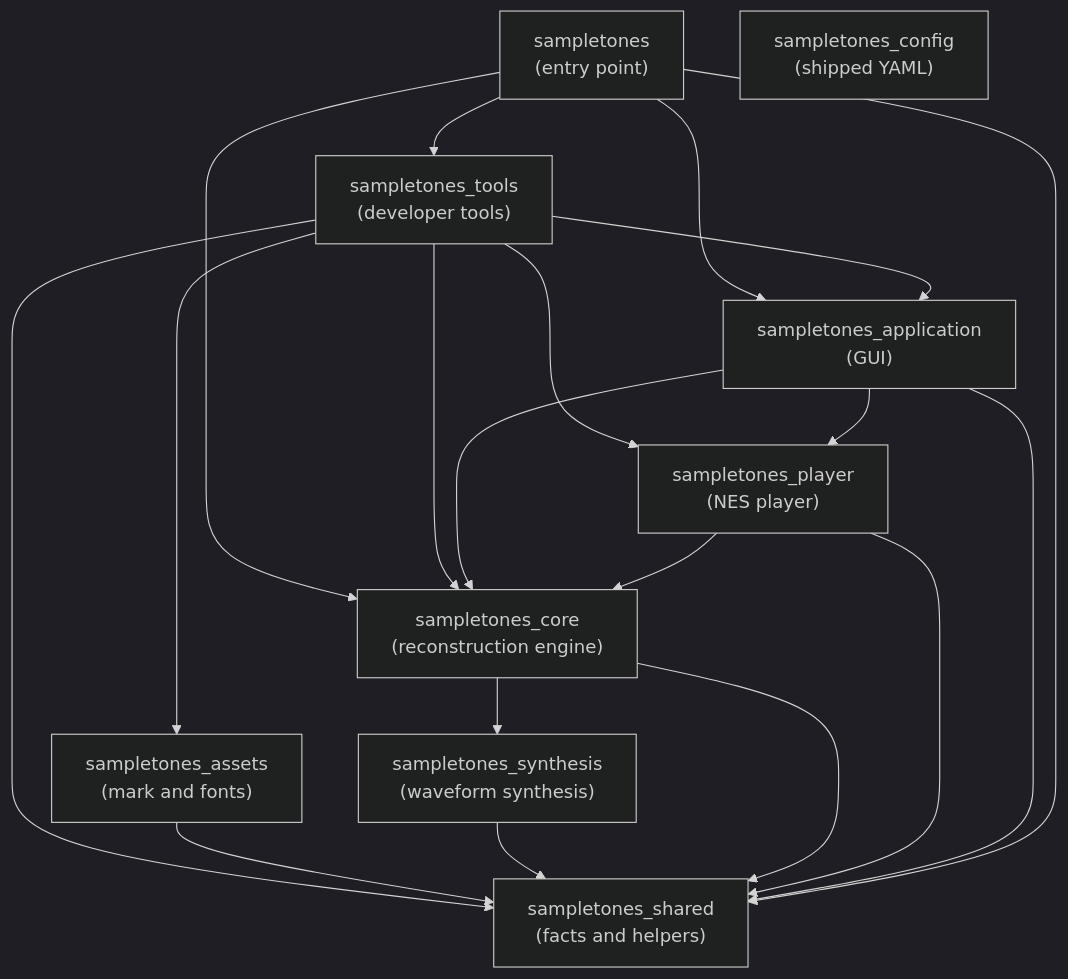
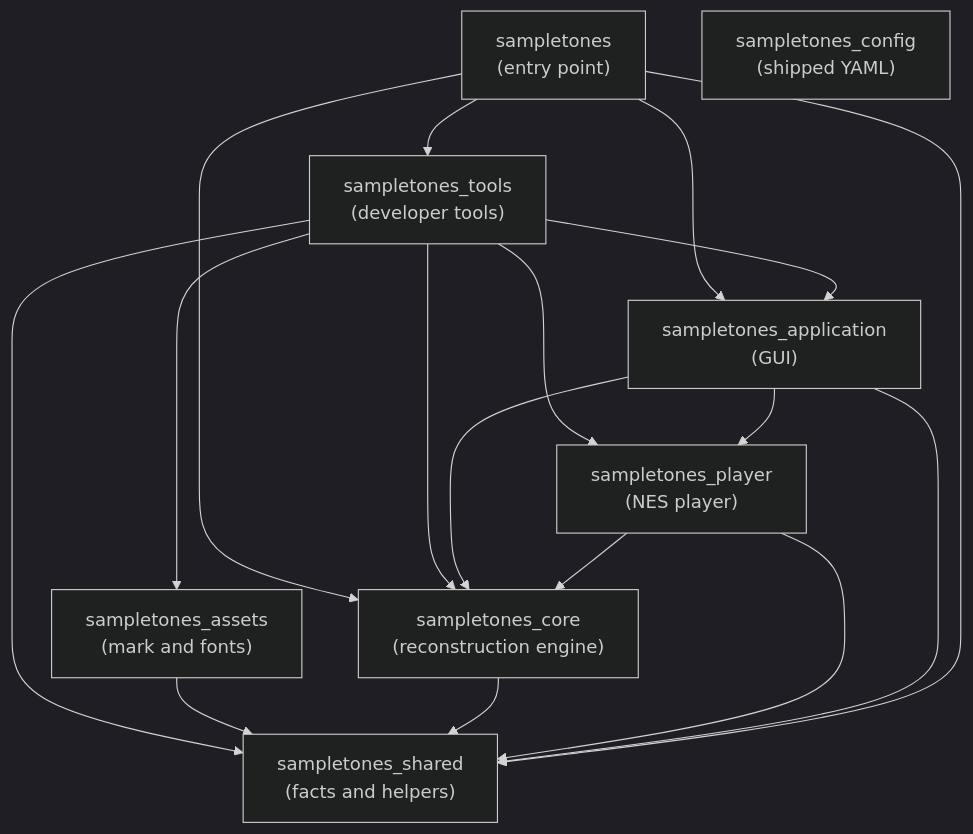
One commit to JakimPL/SampleToNES changed the diagram in docs/development/packages.md. Above: the diagram before and after it, drawn with Mermaid (dark theme). The commit also changed other lines of this file and 123 other files, not shown here.

````diff
--- a/docs/development/packages.md
+++ b/docs/development/packages.md
@@ -17,31 +17,28 @@
 ```mermaid
 graph TD
     ENTRY["sampletones\n(entry point)"]
     TOOLS["sampletones_tools\n(developer tools)"]
     APP["sampletones_application\n(GUI)"]
     PLAYER["sampletones_player\n(NES player)"]
     CORE["sampletones_core\n(reconstruction engine)"]
-    SYNTH["sampletones_synthesis\n(waveform synthesis)"]
     ASSETS["sampletones_assets\n(mark and fonts)"]
     SHARED["sampletones_shared\n(facts and helpers)"]
     CONFIG["sampletones_config\n(shipped YAML)"]
 
     ENTRY --> APP
     ENTRY --> CORE
     ENTRY --> TOOLS
     TOOLS --> APP
     TOOLS --> PLAYER
     TOOLS --> CORE
     TOOLS --> ASSETS
     TOOLS --> SHARED
     APP --> PLAYER
     APP --> CORE
     PLAYER --> CORE
-    CORE --> SYNTH
     ASSETS --> SHARED
-    SYNTH --> SHARED
     CORE --> SHARED
     PLAYER --> SHARED
     APP --> SHARED
     ENTRY --> SHARED
 ```
````
